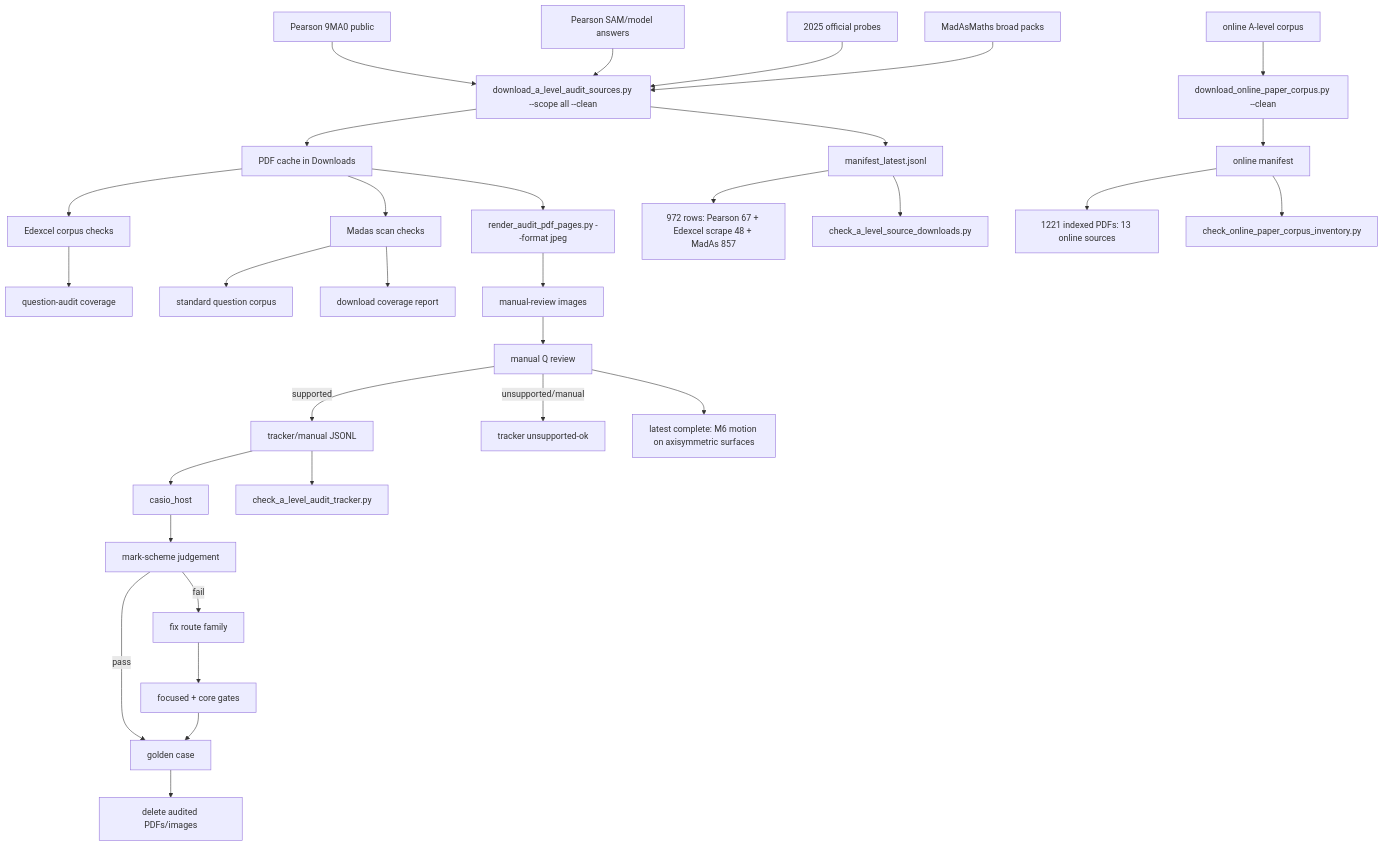
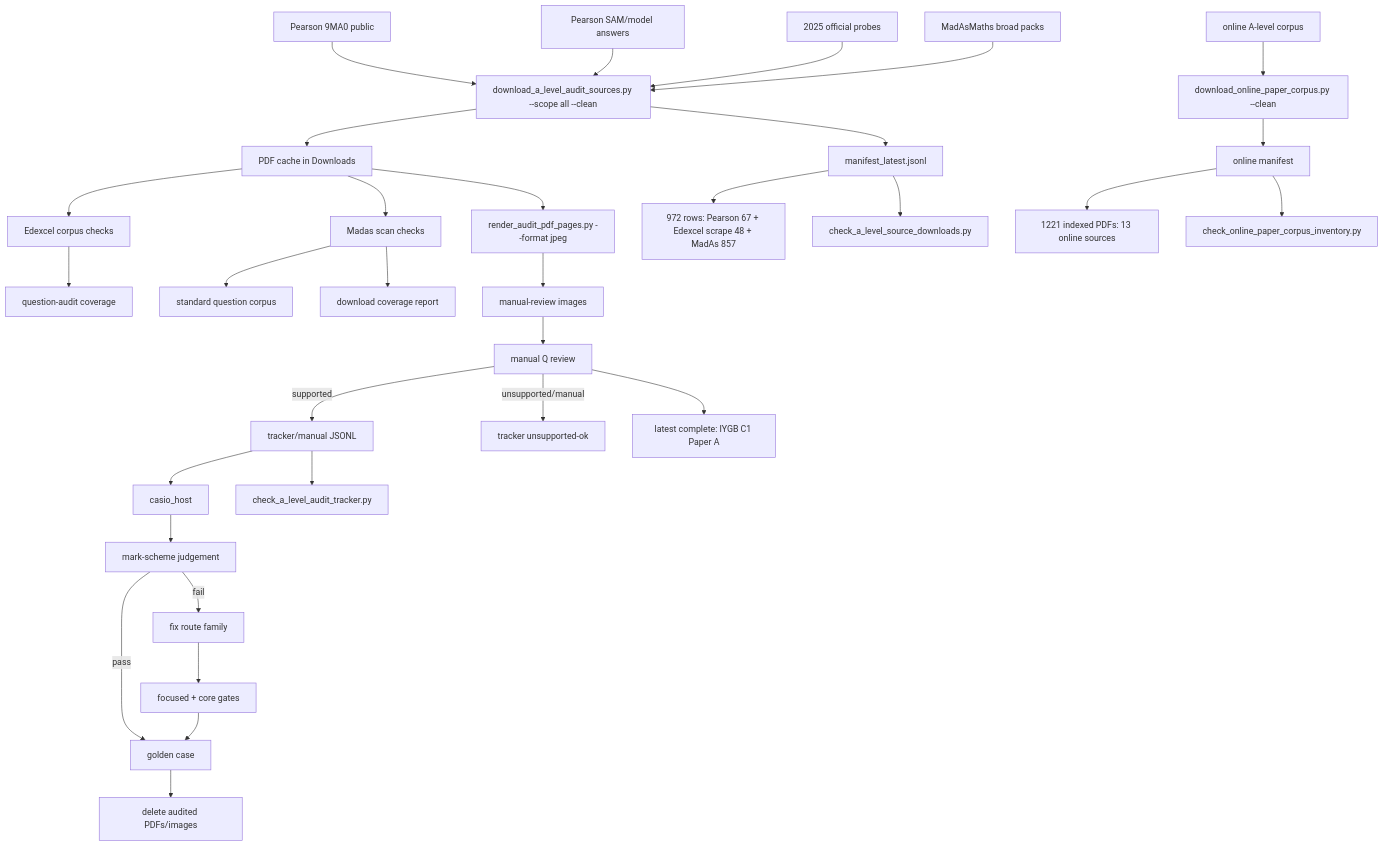
Before and after one commit to james8464/notes-addin-casio-fx-cg50: the diagram in c++/tools/golden/a_level_audit_graph.md, drawn with Mermaid. The commit also changed other lines of this file and 4 other files, not shown here.

Commit message:
Audit IYGB C1 Paper A

````diff
--- a/c++/tools/golden/a_level_audit_graph.md
+++ b/c++/tools/golden/a_level_audit_graph.md
@@ -3,34 +3,34 @@
 ```mermaid
 graph TD
   E1["Pearson 9MA0 public"] --> D["download_a_level_audit_sources.py --scope all --clean"]
   E2["Pearson SAM/model answers"] --> D
   E3["2025 official probes"] --> D
   M1["MadAsMaths broad packs"] --> D
   O1["online A-level corpus"] --> OD["download_online_paper_corpus.py --clean"]
   D --> P["PDF cache in Downloads"]
   D --> X["manifest_latest.jsonl"]
   OD --> OX["online manifest"]
   X --> XC["972 rows: Pearson 67 + Edexcel scrape 48 + MadAs 857"]
   OX --> OC["1221 indexed PDFs: 13 online sources"]
   X --> V["check_a_level_source_downloads.py"]
   OX --> OV["check_online_paper_corpus_inventory.py"]
   P --> E["Edexcel corpus checks"]
   E --> EQ["question-audit coverage"]
   P --> S["Madas scan checks"]
   S --> M["standard question corpus"]
   S --> MC["download coverage report"]
   P --> R["render_audit_pdf_pages.py --format jpeg"]
   R --> I["manual-review images"]
   I --> Q["manual Q review"]
   Q -->|supported| J["tracker/manual JSONL"]
   Q -->|unsupported/manual| U["tracker unsupported-ok"]
   J --> H["casio_host"]
   J --> K["check_a_level_audit_tracker.py"]
   H --> C["mark-scheme judgement"]
   C -->|pass| G["golden case"]
   C -->|fail| F["fix route family"]
   F --> T["focused + core gates"]
   T --> G
   G --> Z["delete audited PDFs/images"]
-  Q --> Qt["latest complete: M6 motion on axisymmetric surfaces"]
+  Q --> Qt["latest complete: IYGB C1 Paper A"]
 ```
````
